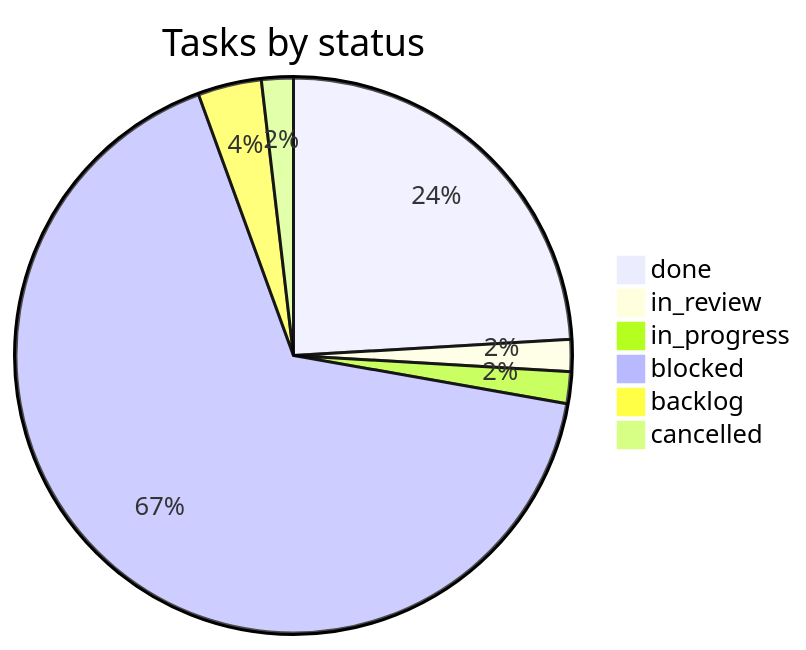
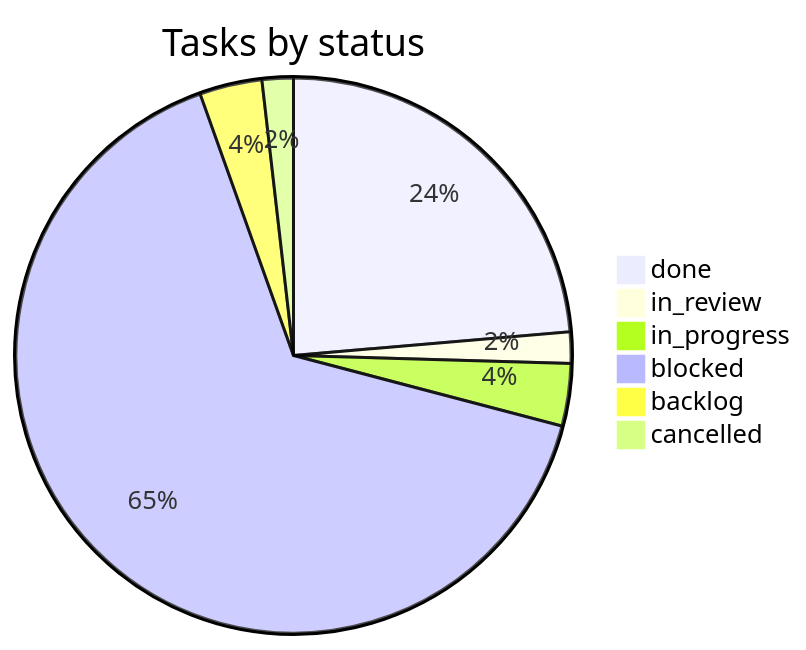
Before and after one commit to vulcanflow/docs: the second of 2 diagrams in PROGRESS.md, drawn with Mermaid. The commit also changed other lines of this file and 1 other file, not shown here.

Commit message:
progress: 1 status change (VFL-63) (#61)

````diff
--- a/PROGRESS.md
+++ b/PROGRESS.md
@@ -58,9 +58,9 @@
 ```mermaid
 pie title Tasks by status
   "done" : 13
   "in_review" : 1
-  "in_progress" : 1
+  "in_progress" : 2
   "blocked" : 36
   "backlog" : 2
   "cancelled" : 1
 ```
````
